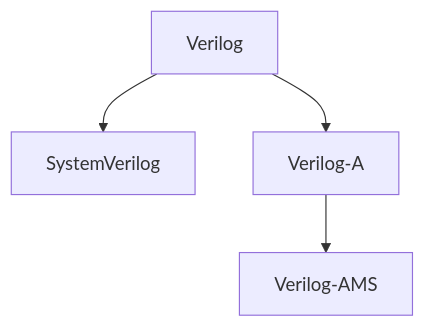
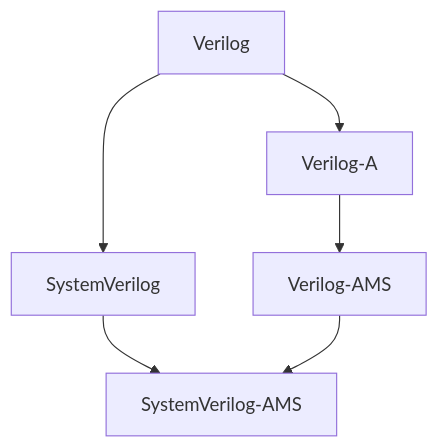
One commit to PavlosTzitzos/HDLs-intro changed the diagram in README.md. Above: the diagram before and after it, drawn with Mermaid.

````diff
--- a/README.md
+++ b/README.md
@@ -7,6 +7,8 @@
 ```mermaid
 graph TD;
     Verilog-->SystemVerilog;
     Verilog-->Verilog-A;
     Verilog-A-->Verilog-AMS;
+    SystemVerilog-->SystemVerilog-AMS;
+    Verilog-AMS-->SystemVerilog-AMS;
 ```
````
